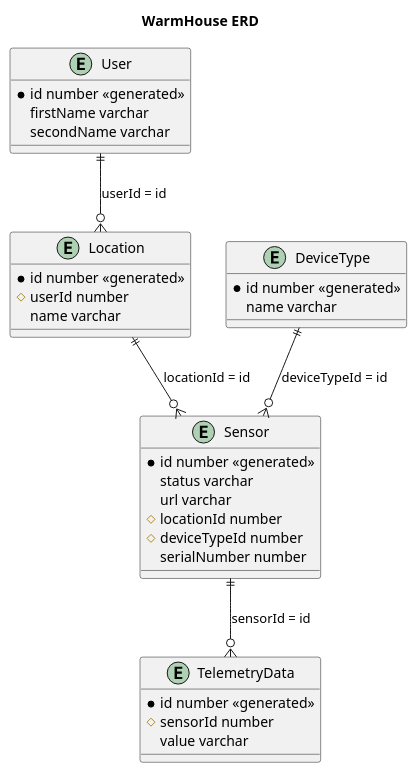
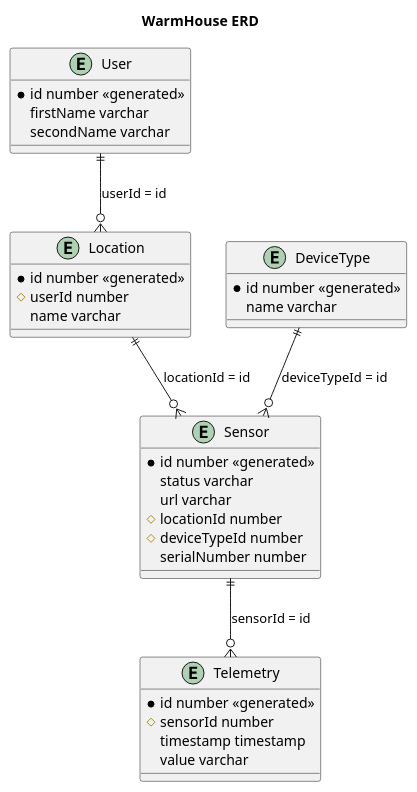
Before and after one commit to ikutin6543/architecture-pro-warmhouse: the diagram in diagrams/erd/erd.puml, drawn with PlantUML. The commit also changed 27 other files, not shown here.

```diff
--- a/diagrams/erd/erd.puml
+++ b/diagrams/erd/erd.puml
@@ -1,45 +1,45 @@
 @startuml
 title WarmHouse ERD
 
 top to bottom direction
 
 entity "User" as user {
   *id number <<generated>>
   firstName varchar
   secondName varchar
 }
 
 entity "Location" as location {
   *id number <<generated>>
   #userId number
   name varchar
 }
 
 entity "Sensor" as sensor {
   *id number <<generated>>
   status varchar
   url varchar
   #locationId number
   #deviceTypeId number
   serialNumber number
 }
 
 entity "DeviceType" as deviceType {
   *id number <<generated>>
   name varchar
 }
 
-entity "TelemetryData" as telemetryData {
+entity "Telemetry" as telemetry {
   *id number <<generated>>
   #sensorId number
+  timestamp timestamp
   value varchar
 }
 
 user ||--o{ location : "userId = id"
 location ||--o{ sensor : "locationId = id"
 deviceType ||--o{ sensor : "deviceTypeId = id"
 
-sensor ||--o{ telemetryData : "sensorId = id"
-
+sensor ||--o{ telemetry : "sensorId = id"
 
 @enduml
```
